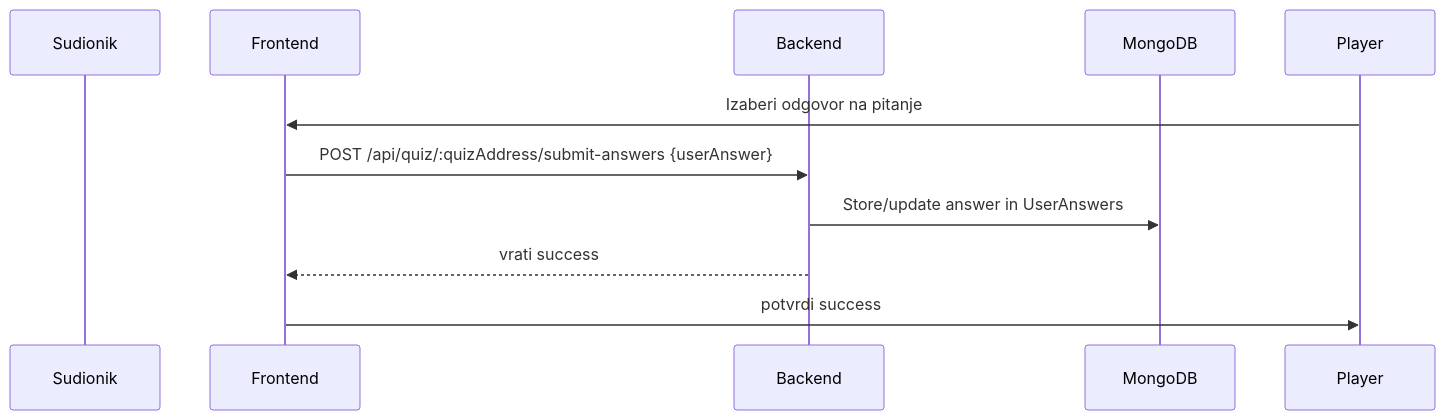
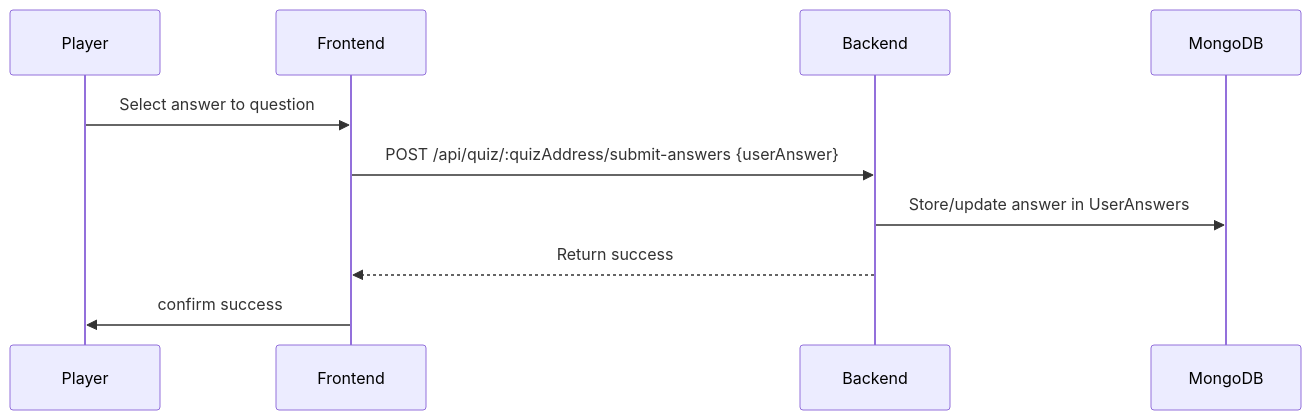
The fourth of 6 diagrams in README_Version3.md (ian12-21/QuizApp-Frontend), drawn with Mermaid before and after one commit. The commit also changed other lines of this file, not shown here.

````diff
--- a/README_Version3.md
+++ b/README_Version3.md
@@ -67,13 +67,13 @@
 ```mermaid
 sequenceDiagram
-    participant Sudionik
+    participant Player
     participant Frontend
     participant Backend
     participant DB as MongoDB
 
-    Player->>Frontend: Izaberi odgovor na pitanje
+    Player->>Frontend: Select answer to question
     Frontend->>Backend: POST /api/quiz/:quizAddress/submit-answers {userAnswer}
     Backend->>DB: Store/update answer in UserAnswers
-    Backend-->>Frontend: vrati success
-    Frontend->>Player: potvrdi success
+    Backend-->>Frontend: Return success
+    Frontend->>Player: confirm success
 ```
````
